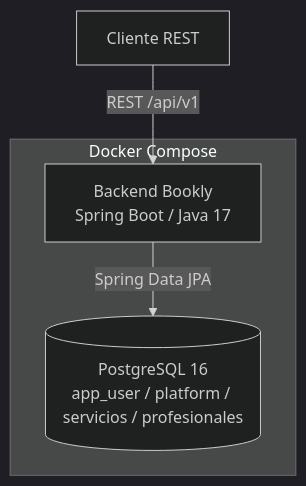
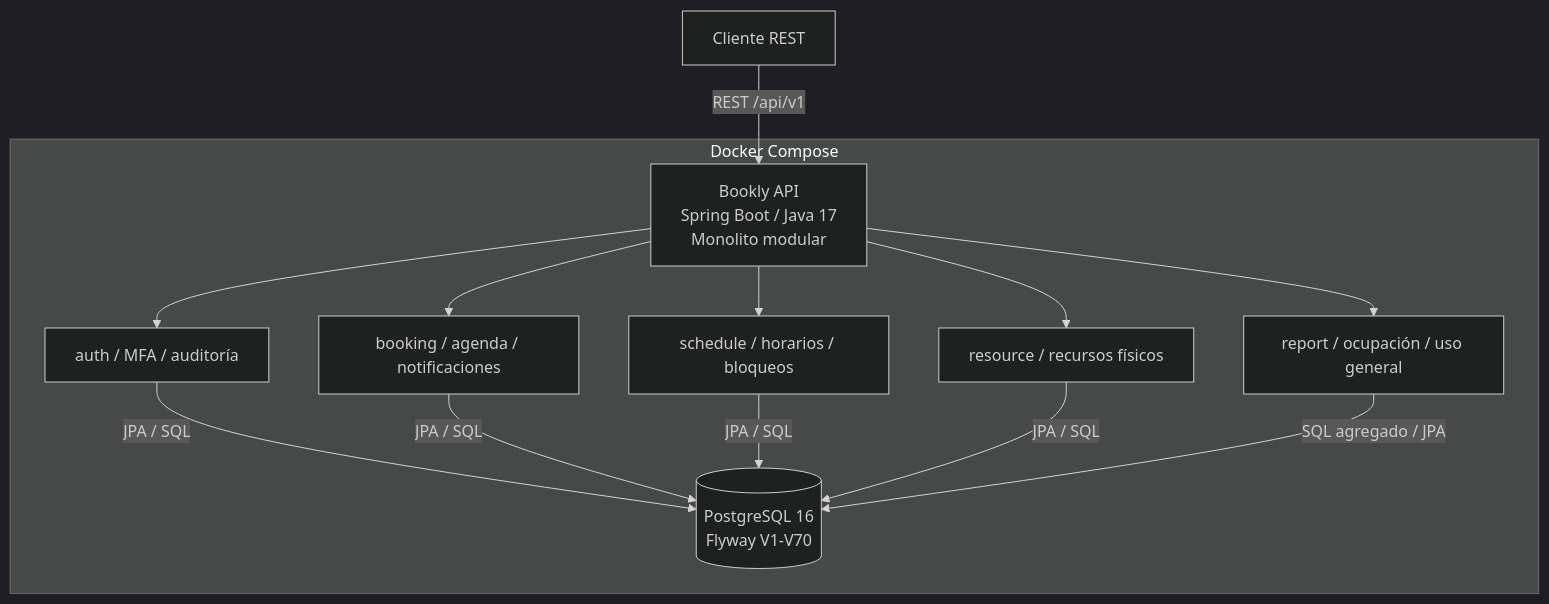
One commit to Code-Factory-Bookly/backendcf changed the second of 8 diagrams in README_ARQUITECTURA.md. Above: the diagram before and after it, drawn with Mermaid (dark theme). The commit also changed other lines of this file and 2 other files, not shown here.

Commit message:
docs: actualizar diagramas y documentacion de entrega 3

````diff
--- a/README_ARQUITECTURA.md
+++ b/README_ARQUITECTURA.md
@@ -46,10 +49,24 @@
 ```mermaid
 flowchart TB
     Client[Cliente REST]
     subgraph Docker Compose
-      API[Backend Bookly<br/>Spring Boot / Java 17]
-      DB[(PostgreSQL 16<br/>app_user / platform / servicios / profesionales)]
+      API[Bookly API<br/>Spring Boot / Java 17<br/>Monolito modular]
+      AUTH[auth / MFA / auditoría]
+      BOOK[booking / agenda / notificaciones]
+      SCHEDULE[schedule / horarios / bloqueos]
+      RESOURCE[resource / recursos físicos]
+      REPORT[report / ocupación / uso general]
+      DB[(PostgreSQL 16<br/>Flyway V1-V70)]
     end
     Client -->|REST /api/v1| API
-    API -->|Spring Data JPA| DB
+    API --> AUTH
+    API --> BOOK
+    API --> SCHEDULE
+    API --> RESOURCE
+    API --> REPORT
+    AUTH -->|JPA / SQL| DB
+    BOOK -->|JPA / SQL| DB
+    SCHEDULE -->|JPA / SQL| DB
+    RESOURCE -->|JPA / SQL| DB
+    REPORT -->|SQL agregado / JPA| DB
 ```
````
